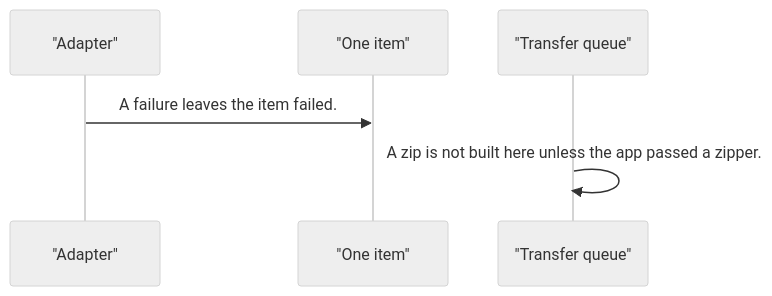
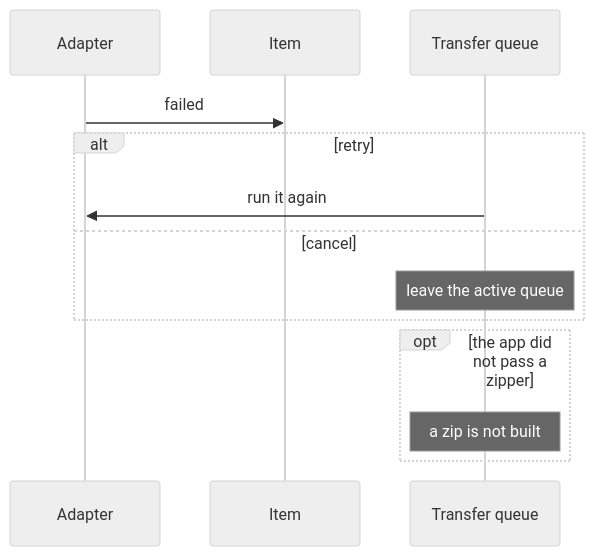
Before and after one commit to RajshekharBorate/pixel-ui: the fourth of 4 diagrams in projects/pixel-ui/src/lib/services/file-transfer/DESIGN.md, drawn with Mermaid (neutral theme). The commit also changed other lines of this file and 73 other files, not shown here.

Commit message:
Explain who owns each value and what each flow does in every component and service design.

````diff
--- a/projects/pixel-ui/src/lib/services/file-transfer/DESIGN.md
+++ b/projects/pixel-ui/src/lib/services/file-transfer/DESIGN.md
@@ -78,8 +104,15 @@
 ```mermaid
 sequenceDiagram
-  participant adapter as "Adapter"
-  participant item as "One item"
-  participant queue as "Transfer queue"
-  adapter->>item: A failure leaves the item failed.
-  queue->>queue: A zip is not built here unless the app passed a zipper.
+  participant Adapter
+  participant Item
+  participant Queue as Transfer queue
+  Adapter->>Item: failed
+  alt retry
+    Queue->>Adapter: run it again
+  else cancel
+    Note over Queue: leave the active queue
+  end
+  opt the app did not pass a zipper
+    Note over Queue: a zip is not built
+  end
 ```
````
